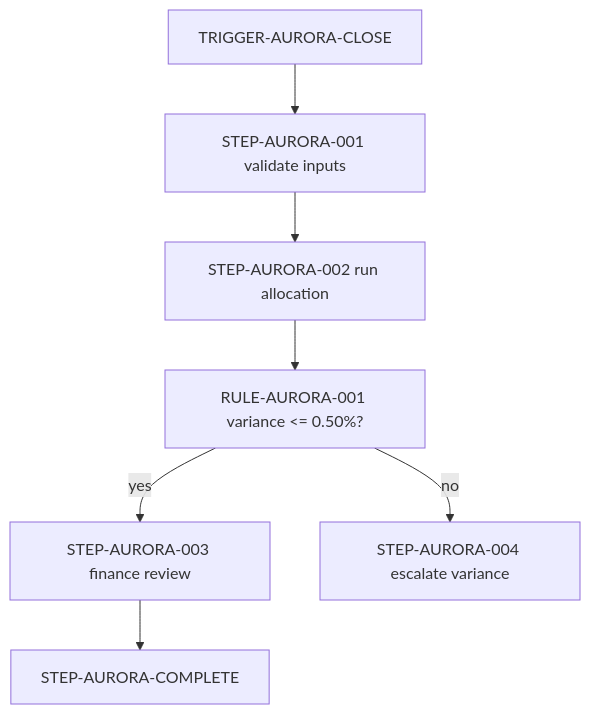
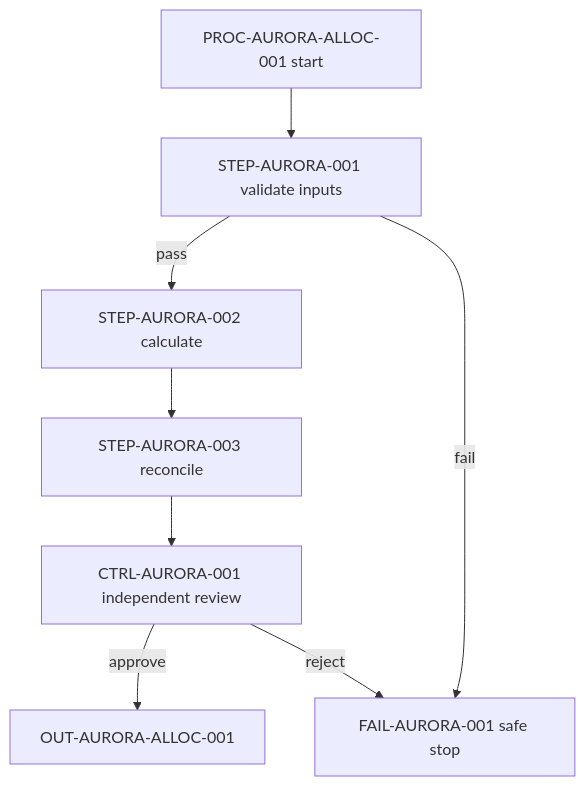
The diagram in reference_packs/enterprise_core/templates/process/example.md (gustavorubim/document-enhancer-pwt), drawn with Mermaid before and after one commit. The commit also changed other lines of this file and 31 other files, not shown here.

````diff
--- a/reference_packs/enterprise_core/templates/process/example.md
+++ b/reference_packs/enterprise_core/templates/process/example.md
@@ -58,9 +98,10 @@
 ```mermaid
 flowchart TD
-    START["TRIGGER-AURORA-CLOSE"] --> VALIDATE["STEP-AURORA-001 validate inputs"]
-    VALIDATE --> ALLOCATE["STEP-AURORA-002 run allocation"]
-    ALLOCATE --> CHECK["RULE-AURORA-001 variance <= 0.50%?"]
-    CHECK -- "yes" --> REVIEW["STEP-AURORA-003 finance review"]
-    CHECK -- "no" --> ESCALATE["STEP-AURORA-004 escalate variance"]
-    REVIEW --> COMPLETE["STEP-AURORA-COMPLETE"]
+    START["PROC-AURORA-ALLOC-001 start"] --> S1["STEP-AURORA-001 validate inputs"]
+    S1 -->|pass| S2["STEP-AURORA-002 calculate"]
+    S1 -->|fail| STOP["FAIL-AURORA-001 safe stop"]
+    S2 --> S3["STEP-AURORA-003 reconcile"]
+    S3 --> C1["CTRL-AURORA-001 independent review"]
+    C1 -->|approve| END["OUT-AURORA-ALLOC-001"]
+    C1 -->|reject| STOP
 ```
````
